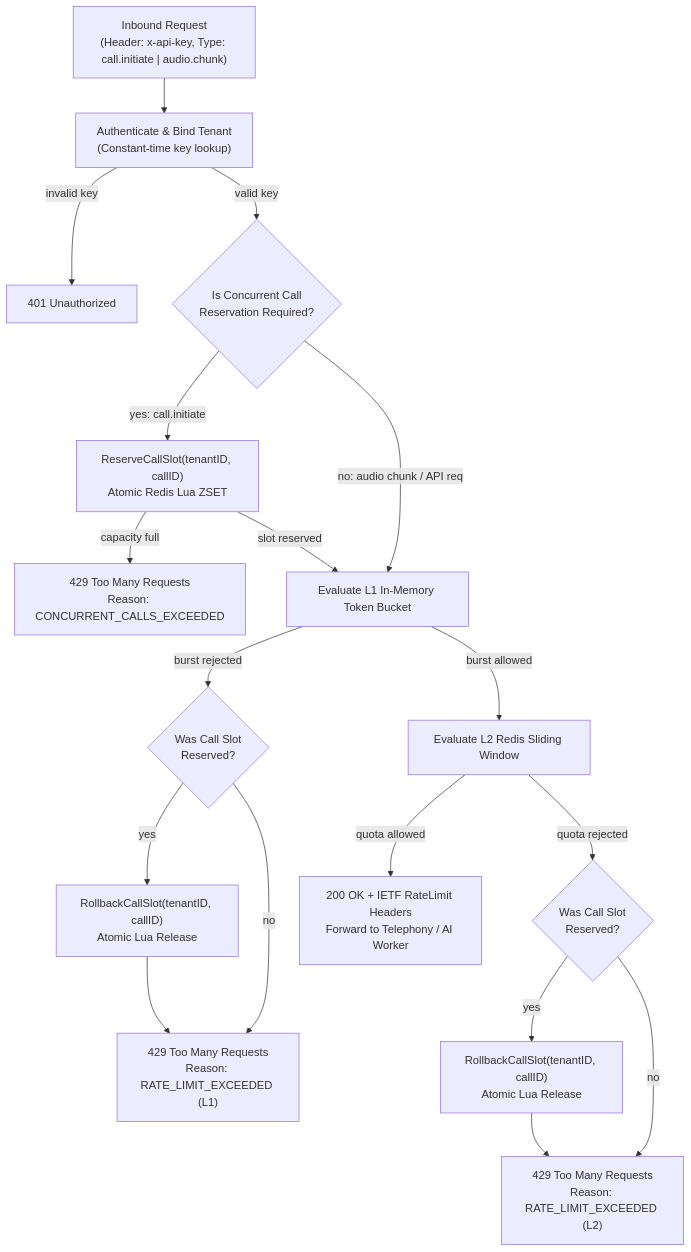
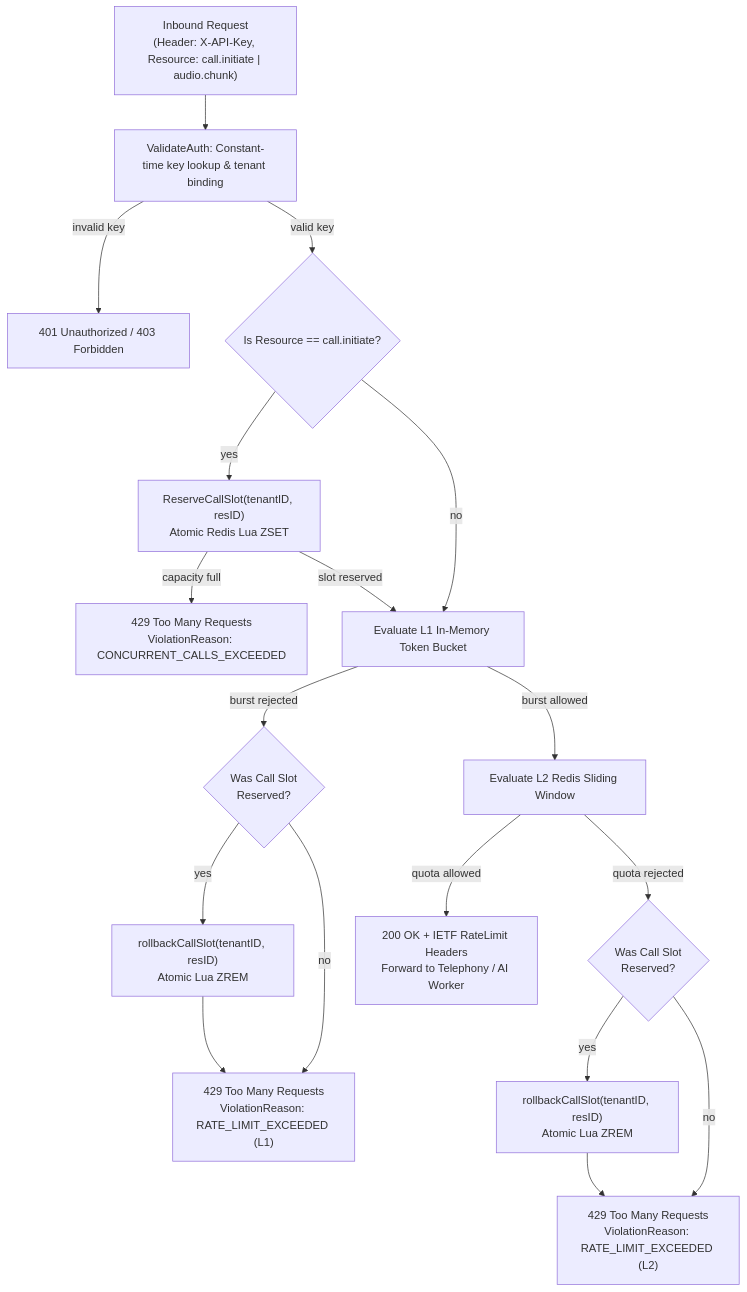
One commit to yoohooshantanu/callslot-controller changed the second of 2 diagrams in README.md. Above: the diagram before and after it, drawn with Mermaid. The commit also changed other lines of this file, not shown here.

````diff
--- a/README.md
+++ b/README.md
@@ -89,25 +75,25 @@
 ```mermaid
 flowchart TD
-    A["Inbound Request\n(Header: x-api-key, Type: call.initiate | audio.chunk)"] --> B["Authenticate & Bind Tenant\n(Constant-time key lookup)"]
-    B -->|invalid key| C["401 Unauthorized"]
-    B -->|valid key| D{"Is Concurrent Call\nReservation Required?"}
+    A["Inbound Request\n(Header: X-API-Key, Resource: call.initiate | audio.chunk)"] --> B["ValidateAuth: Constant-time key lookup & tenant binding"]
+    B -->|invalid key| C["401 Unauthorized / 403 Forbidden"]
+    B -->|valid key| D{"Is Resource == call.initiate?"}
 
-    D -->|yes: call.initiate| E["ReserveCallSlot(tenantID, callID)\nAtomic Redis Lua ZSET"]
-    E -->|capacity full| F["429 Too Many Requests\nReason: CONCURRENT_CALLS_EXCEEDED"]
+    D -->|yes| E["ReserveCallSlot(tenantID, resID)\nAtomic Redis Lua ZSET"]
+    E -->|capacity full| F["429 Too Many Requests\nViolationReason: CONCURRENT_CALLS_EXCEEDED"]
     E -->|slot reserved| G["Evaluate L1 In-Memory Token Bucket"]
 
-    D -->|no: audio chunk / API req| G
+    D -->|no| G
 
     G -->|burst rejected| H{"Was Call Slot\nReserved?"}
-    H -->|yes| I["RollbackCallSlot(tenantID, callID)\nAtomic Lua Release"]
-    I --> J["429 Too Many Requests\nReason: RATE_LIMIT_EXCEEDED (L1)"]
+    H -->|yes| I["rollbackCallSlot(tenantID, resID)\nAtomic Lua ZREM"]
+    I --> J["429 Too Many Requests\nViolationReason: RATE_LIMIT_EXCEEDED (L1)"]
     H -->|no| J
 
     G -->|burst allowed| K["Evaluate L2 Redis Sliding Window"]
     K -->|quota rejected| L{"Was Call Slot\nReserved?"}
-    L -->|yes| M["RollbackCallSlot(tenantID, callID)\nAtomic Lua Release"]
-    M --> N["429 Too Many Requests\nReason: RATE_LIMIT_EXCEEDED (L2)"]
+    L -->|yes| M["rollbackCallSlot(tenantID, resID)\nAtomic Lua ZREM"]
+    M --> N["429 Too Many Requests\nViolationReason: RATE_LIMIT_EXCEEDED (L2)"]
     L -->|no| N
 
     K -->|quota allowed| O["200 OK + IETF RateLimit Headers\nForward to Telephony / AI Worker"]
 ```
````
